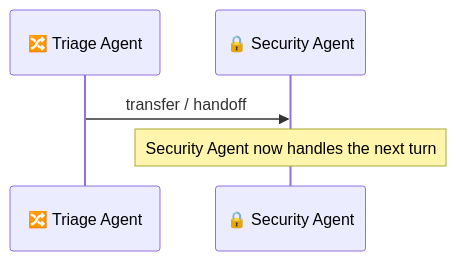
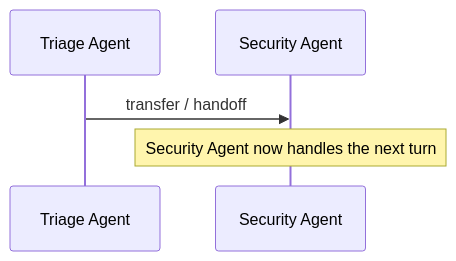
Before and after one commit to Sujalkathait/-AI-Agent-Security-Playbook.: the second of 53 diagrams in AI Agent Communication.md, drawn with Mermaid. The commit also changed other lines of this file and 2 other files, not shown here.

````diff
--- a/AI Agent Communication.md
+++ b/AI Agent Communication.md
@@ -98,8 +98,8 @@
 ```mermaid
 sequenceDiagram
-    participant Triage as 🔀 Triage Agent
-    participant Security as 🔒 Security Agent
+  participant Triage as Triage Agent
+  participant Security as Security Agent
 
-    Triage->>Security: transfer / handoff
-    Note over Security: Security Agent now handles the next turn
+  Triage->>Security: transfer / handoff
+  Note over Security: Security Agent now handles the next turn
 ```
````
